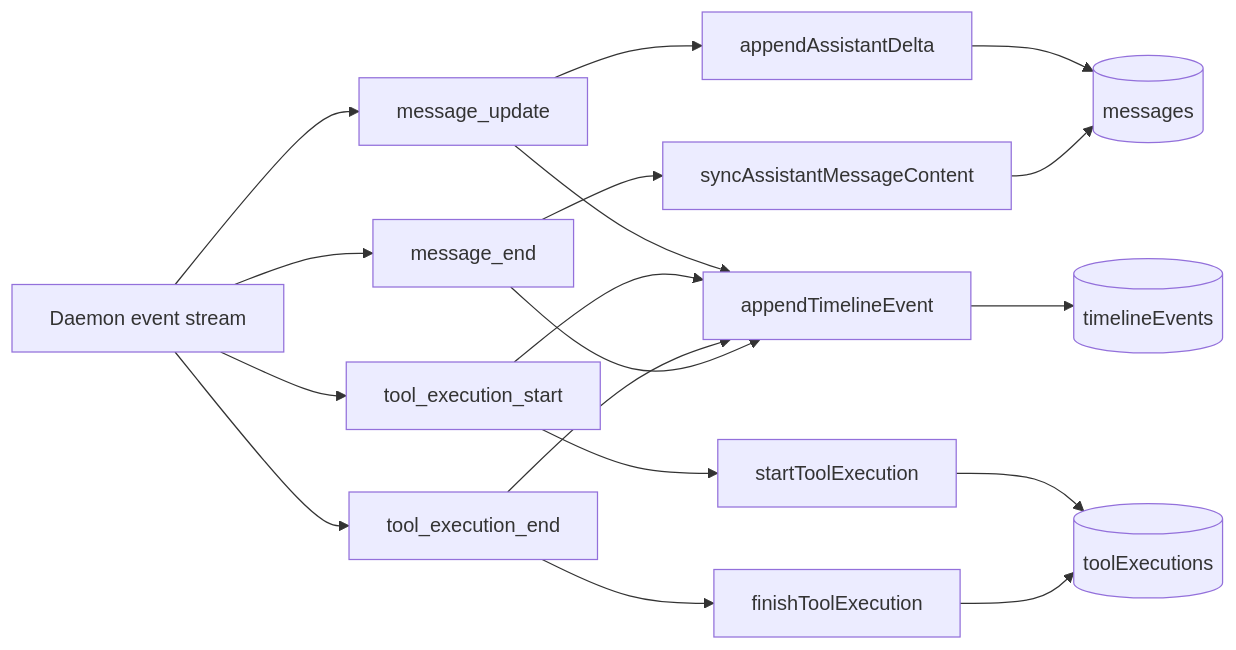
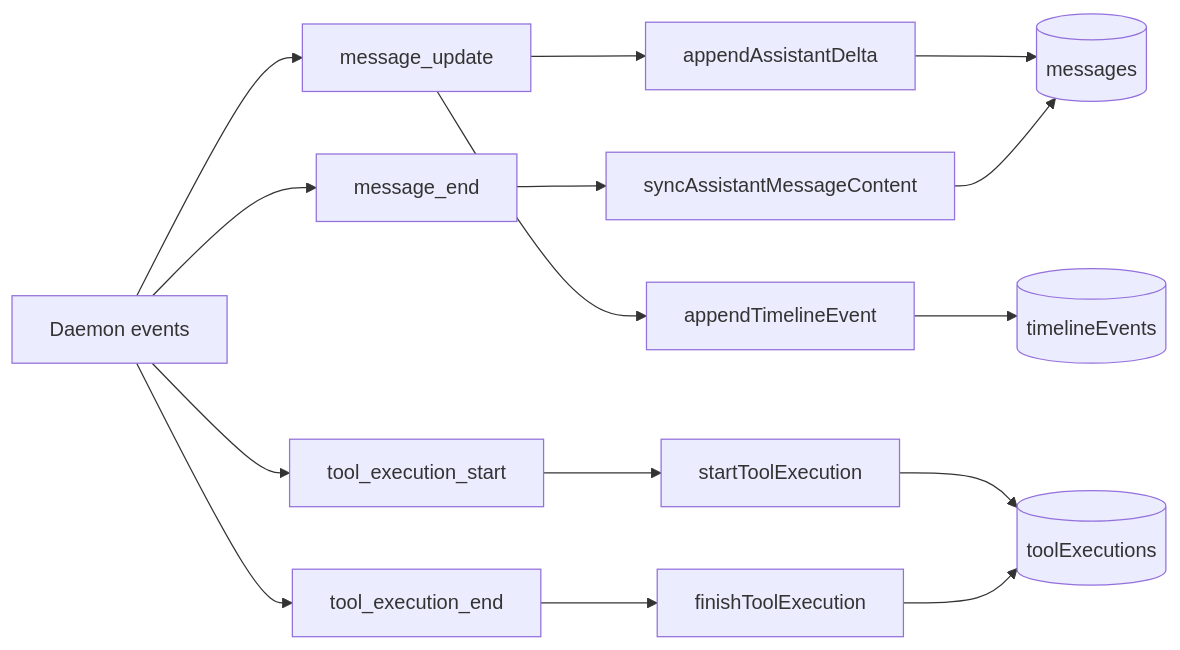
The fifth of 6 diagrams in README.md (AN-SWAPNIL/AgenticAI-Assignment), drawn with Mermaid before and after one commit. The commit also changed other lines of this file and 1 other file, not shown here.

````diff
--- a/README.md
+++ b/README.md
@@ -187,23 +180,19 @@
 ```mermaid
 flowchart LR
-  AGENT["Daemon event stream"]
-  AGENT --> E1["message_update"]
-  AGENT --> E2["tool_execution_start"]
-  AGENT --> E3["tool_execution_end"]
-  AGENT --> E4["message_end"]
+  AGENT[Daemon events] --> E1[message_update]
+  AGENT --> E2[tool_execution_start]
+  AGENT --> E3[tool_execution_end]
+  AGENT --> E4[message_end]
 
-  E1 --> T1["appendAssistantDelta"]
-  E1 --> T2["appendTimelineEvent"]
-  E2 --> T3["startToolExecution"]
-  E2 --> T2
-  E3 --> T4["finishToolExecution"]
-  E3 --> T2
-  E4 --> T5["syncAssistantMessageContent"]
-  E4 --> T2
+  E1 --> M1[appendAssistantDelta]
+  E1 --> M2[appendTimelineEvent]
+  E2 --> M3[startToolExecution]
+  E3 --> M4[finishToolExecution]
+  E4 --> M5[syncAssistantMessageContent]
 
-  T1 --> DB1[("messages")]
-  T3 --> DB2[("toolExecutions")]
-  T4 --> DB2
-  T2 --> DB3[("timelineEvents")]
-  T5 --> DB1
+  M1 --> DB1[(messages)]
+  M3 --> DB2[(toolExecutions)]
+  M4 --> DB2
+  M2 --> DB3[(timelineEvents)]
+  M5 --> DB1
 ```
````
